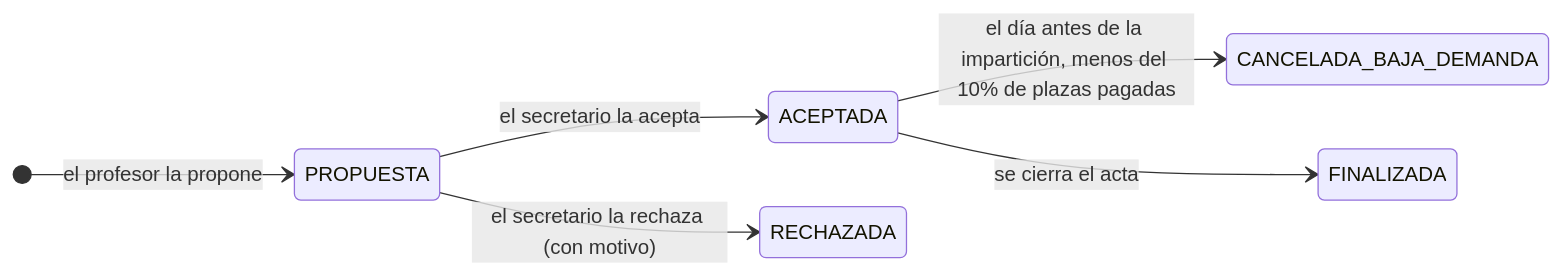
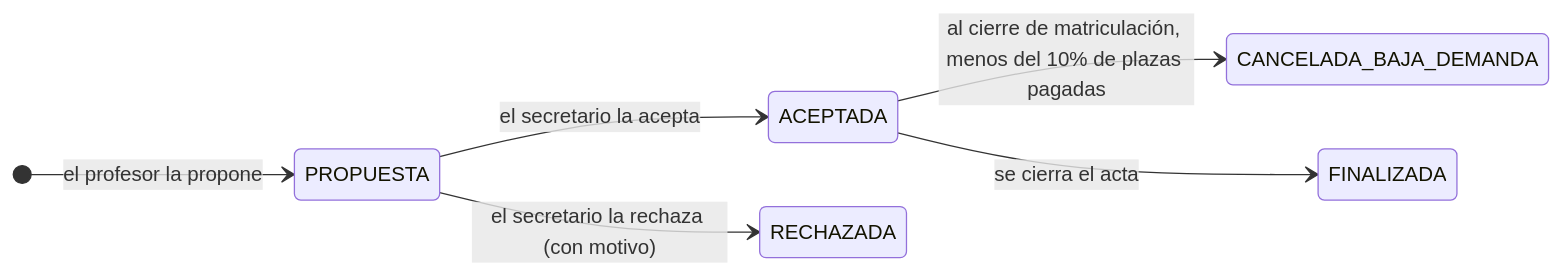
One commit to andrea-ivanov/IPS2026-PL22 changed the fourth of 5 diagrams in docs/DATABASE.md. Above: the diagram before and after it, drawn with Mermaid. The commit also changed other lines of this file and 3 other files, not shown here.

````diff
--- a/docs/DATABASE.md
+++ b/docs/DATABASE.md
@@ -483,9 +483,9 @@
 ```mermaid
 stateDiagram-v2
     direction LR
     [*] --> PROPUESTA : el profesor la propone
     PROPUESTA --> ACEPTADA : el secretario la acepta
     PROPUESTA --> RECHAZADA : el secretario la rechaza (con motivo)
-    ACEPTADA --> CANCELADA_BAJA_DEMANDA : el día antes de la impartición, menos del 10% de plazas pagadas
+    ACEPTADA --> CANCELADA_BAJA_DEMANDA : al cierre de matriculación, menos del 10% de plazas pagadas
     ACEPTADA --> FINALIZADA : se cierra el acta
 ```
````
